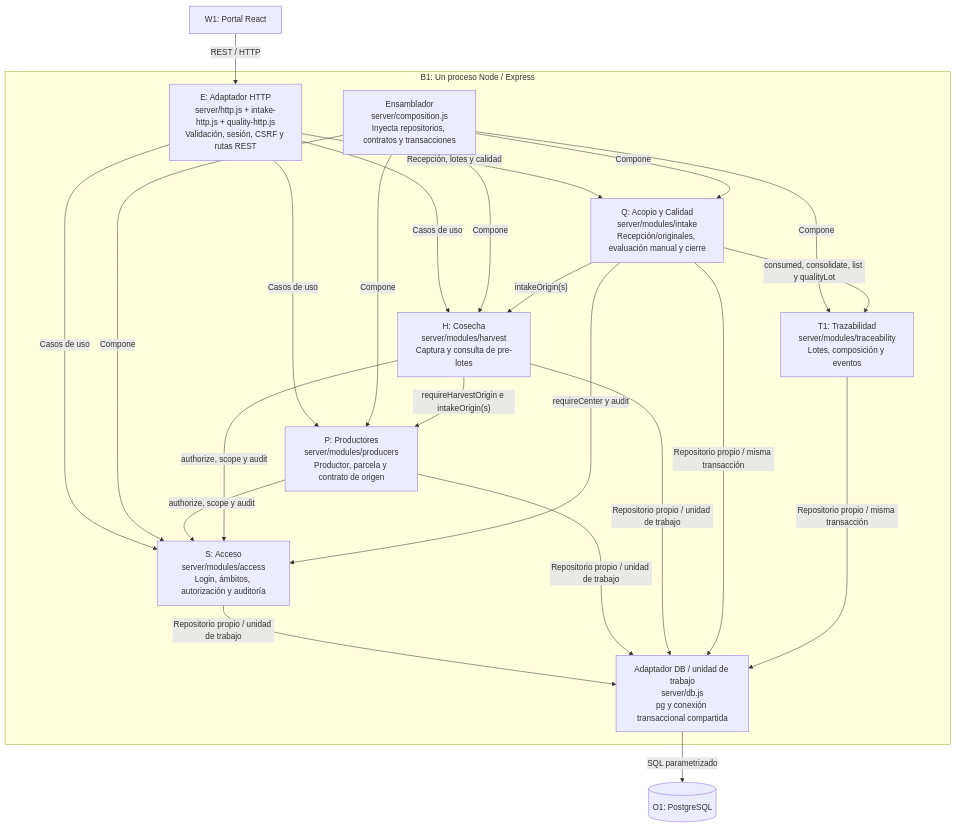
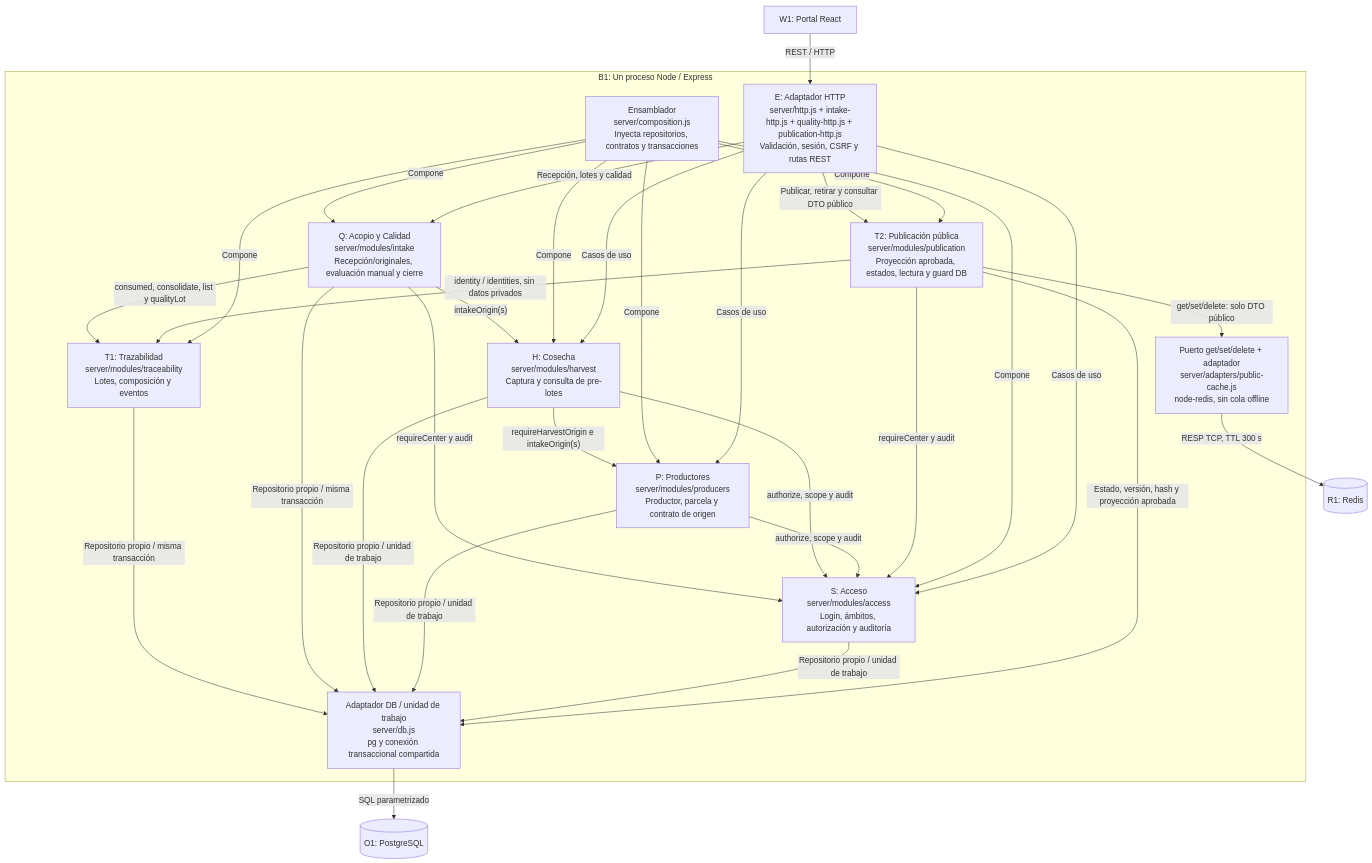
Before and after one commit to carlosgaraundo27-svg/Trazabilidad-Agricola-Arquitectura: the third of 7 diagrams in docs/04-modelo-c4/modelo-c4.md, drawn with Mermaid. The commit also changed other lines of this file and 28 other files, not shown here.

````diff
--- a/docs/04-modelo-c4/modelo-c4.md
+++ b/docs/04-modelo-c4/modelo-c4.md
@@ -54,37 +63,47 @@
 ```mermaid
 flowchart TB
   W1["W1: Portal React"]
   subgraph B1["B1: Un proceso Node / Express"]
-    E["E: Adaptador HTTP<br/>server/http.js + intake-http.js + quality-http.js<br/>Validación, sesión, CSRF y rutas REST"]
+    E["E: Adaptador HTTP<br/>server/http.js + intake-http.js + quality-http.js + publication-http.js<br/>Validación, sesión, CSRF y rutas REST"]
     ROOT["Ensamblador<br/>server/composition.js<br/>Inyecta repositorios, contratos y transacciones"]
     S["S: Acceso<br/>server/modules/access<br/>Login, ámbitos, autorización y auditoría"]
     P["P: Productores<br/>server/modules/producers<br/>Productor, parcela y contrato de origen"]
     H["H: Cosecha<br/>server/modules/harvest<br/>Captura y consulta de pre-lotes"]
     Q["Q: Acopio y Calidad<br/>server/modules/intake<br/>Recepción/originales, evaluación manual y cierre"]
     T1["T1: Trazabilidad<br/>server/modules/traceability<br/>Lotes, composición y eventos"]
+    T2["T2: Publicación pública<br/>server/modules/publication<br/>Proyección aprobada, estados, lectura y guard DB"]
+    CACHE["Puerto get/set/delete + adaptador<br/>server/adapters/public-cache.js<br/>node-redis, sin cola offline"]
     DB["Adaptador DB / unidad de trabajo<br/>server/db.js<br/>pg y conexión transaccional compartida"]
   end
   O1[("O1: PostgreSQL")]
+  R1[("R1: Redis")]
   W1 -->|"REST / HTTP"| E
   E -->|"Casos de uso"| S
   E -->|"Casos de uso"| P
   E -->|"Casos de uso"| H
   E -->|"Recepción, lotes y calidad"| Q
   ROOT -->|"Compone"| S
   ROOT -->|"Compone"| P
   ROOT -->|"Compone"| H
   ROOT -->|"Compone"| Q
   ROOT -->|"Compone"| T1
+  ROOT -->|"Compone"| T2
+  E -->|"Publicar, retirar y consultar DTO público"| T2
+  T2 -->|"requireCenter y audit"| S
+  T2 -->|"identity / identities, sin datos privados"| T1
+  T2 -->|"Estado, versión, hash y proyección aprobada"| DB
+  T2 -->|"get/set/delete: solo DTO público"| CACHE
+  CACHE -->|"RESP TCP, TTL 300 s"| R1
   P -->|"authorize, scope y audit"| S
   H -->|"authorize, scope y audit"| S
   H -->|"requireHarvestOrigin e intakeOrigin(s)"| P
   Q -->|"requireCenter y audit"| S
   Q -->|"intakeOrigin(s)"| H
   Q -->|"consumed, consolidate, list y qualityLot"| T1
   S -->|"Repositorio propio / unidad de trabajo"| DB
   P -->|"Repositorio propio / unidad de trabajo"| DB
   H -->|"Repositorio propio / unidad de trabajo"| DB
   Q -->|"Repositorio propio / misma transacción"| DB
   T1 -->|"Repositorio propio / misma transacción"| DB
   DB -->|"SQL parametrizado"| O1
 ```
````
